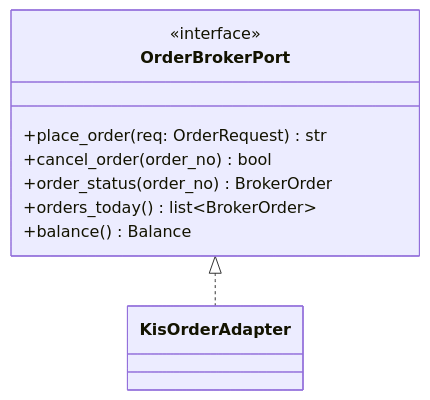
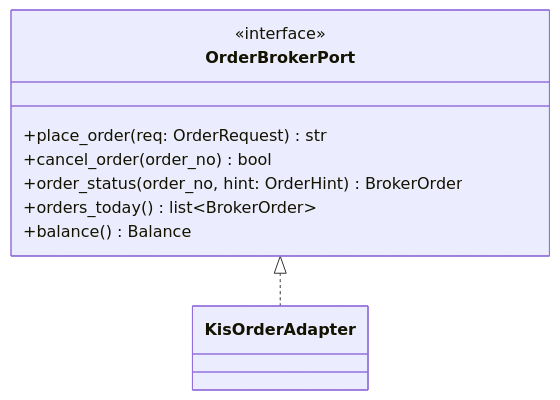
The eighth of 17 diagrams in docs/specs/06-DOM/QBOT-DOM-002.md (HoyoungParkme/quant-rebalance-bot), drawn with Mermaid before and after one commit. The commit also changed other lines of this file, not shown here.

Commit message:
명세-코드 대조 정정: 월간 보고가 지표 효과를 계산한다(PRD R12와 어긋났던 것), OrderHint·어댑터 무기억, TradingService 손절·관리종목 표시, LiveGate.release, 일일 요약 전일 대비

````diff
--- a/docs/specs/06-DOM/QBOT-DOM-002.md
+++ b/docs/specs/06-DOM/QBOT-DOM-002.md
@@ -235,13 +239,13 @@
 ```mermaid
 classDiagram
   class OrderBrokerPort {
     <<interface>>
     +place_order(req: OrderRequest) str
     +cancel_order(order_no) bool
-    +order_status(order_no) BrokerOrder
+    +order_status(order_no, hint: OrderHint) BrokerOrder
     +orders_today() list~BrokerOrder~
     +balance() Balance
   }
   class KisOrderAdapter
   OrderBrokerPort <|.. KisOrderAdapter
 ```
````
